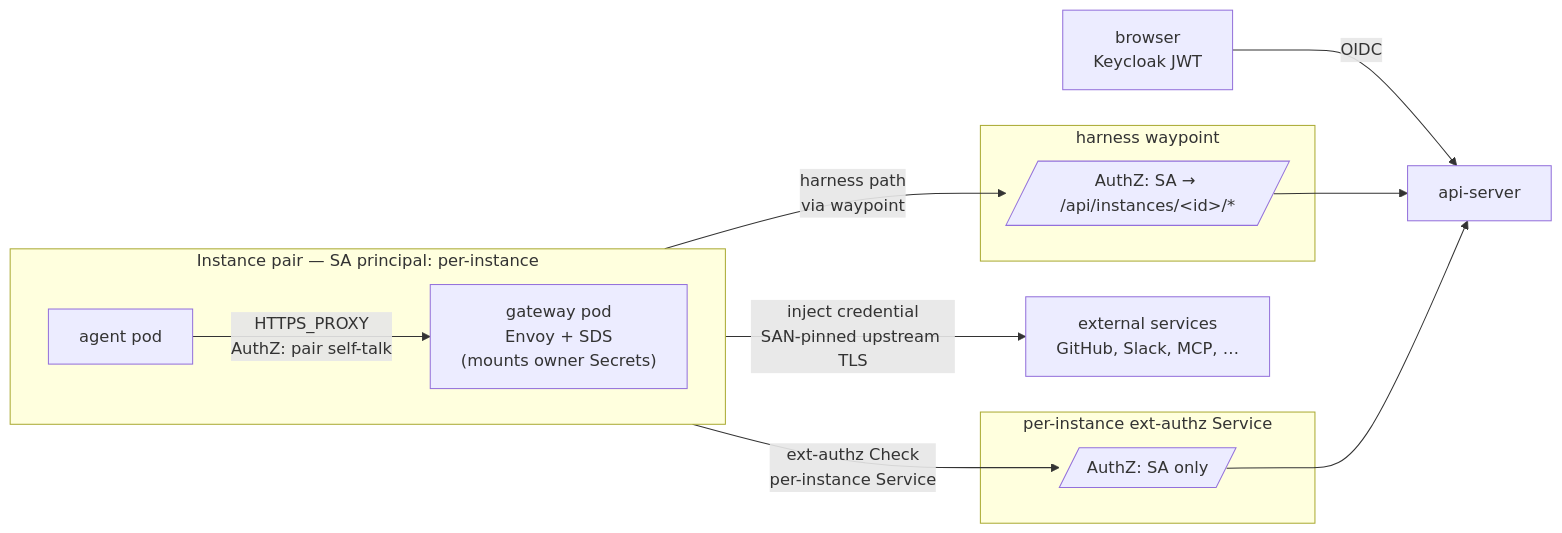
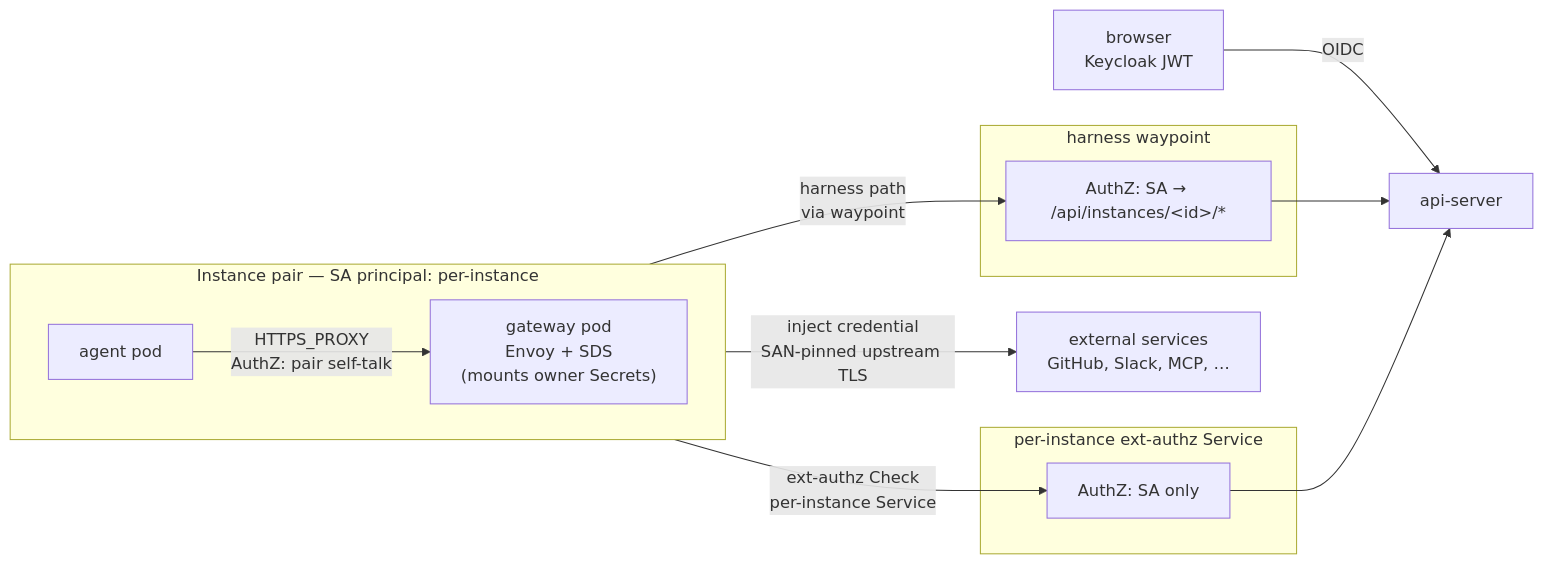
Before and after one commit to dam-agents/dam: the second of 4 diagrams in docs/strategy/security-overview.md, drawn with Mermaid. The commit also changed other lines of this file, not shown here.

Commit message:
docs: fix mermaid parse errors in security-overview

````diff
--- a/docs/strategy/security-overview.md
+++ b/docs/strategy/security-overview.md
@@ -60,26 +60,26 @@
 ```mermaid
 flowchart LR
   user[browser<br/>Keycloak JWT]
   api[api-server]
   ext[external services<br/>GitHub, Slack, MCP, …]
 
   subgraph pair[Instance pair — SA principal: per-instance]
     direction LR
     agent[agent pod]
     gw["gateway pod<br/>Envoy + SDS<br/>(mounts owner Secrets)"]
   end
 
   subgraph waypoint[harness waypoint]
-    wp[/AuthZ: SA → /api/instances/&lt;id&gt;/*/]
+    wp["AuthZ: SA → /api/instances/&lt;id&gt;/*"]
   end
 
   subgraph extauthz[per-instance ext-authz Service]
-    ea[/AuthZ: SA only/]
+    ea["AuthZ: SA only"]
   end
 
   user -->|OIDC| api
   agent -->|HTTPS_PROXY<br/>AuthZ: pair self-talk| gw
   gw -->|harness path<br/>via waypoint| wp --> api
   gw -->|ext-authz Check<br/>per-instance Service| ea --> api
   gw -->|inject credential<br/>SAN-pinned upstream TLS| ext
 ```
````
